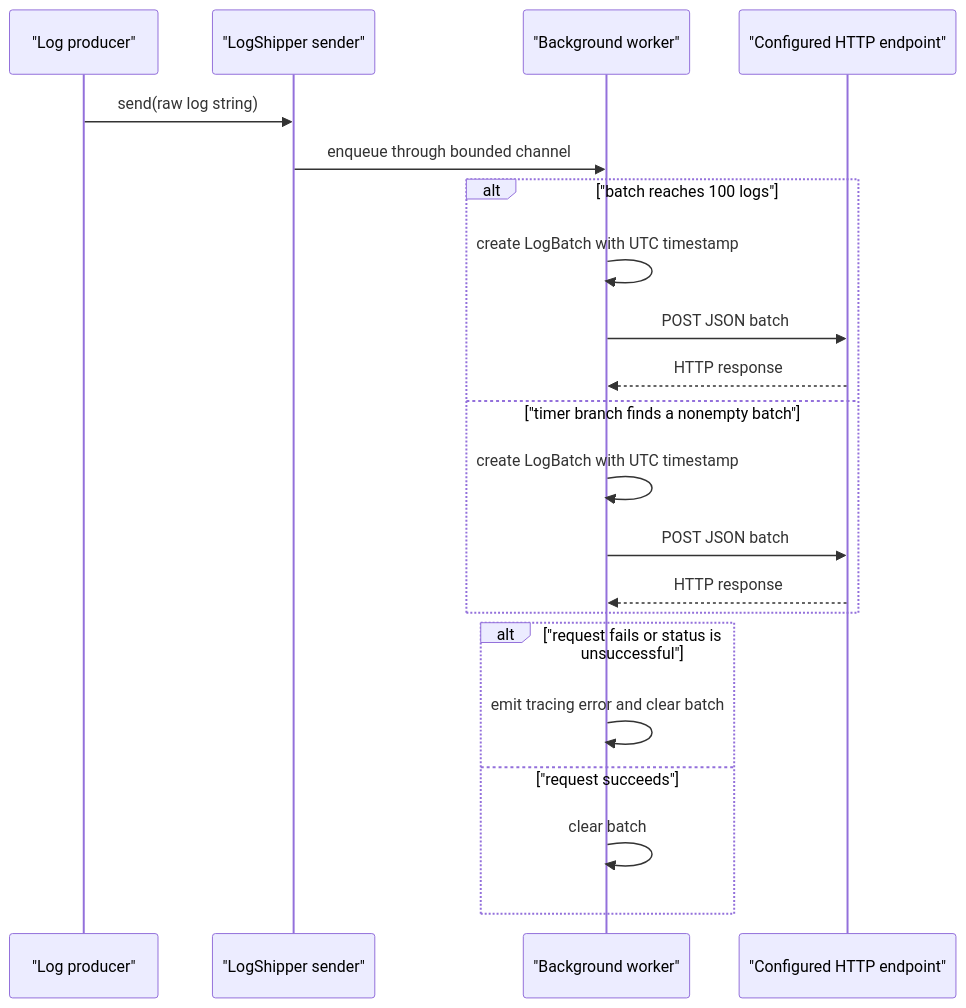
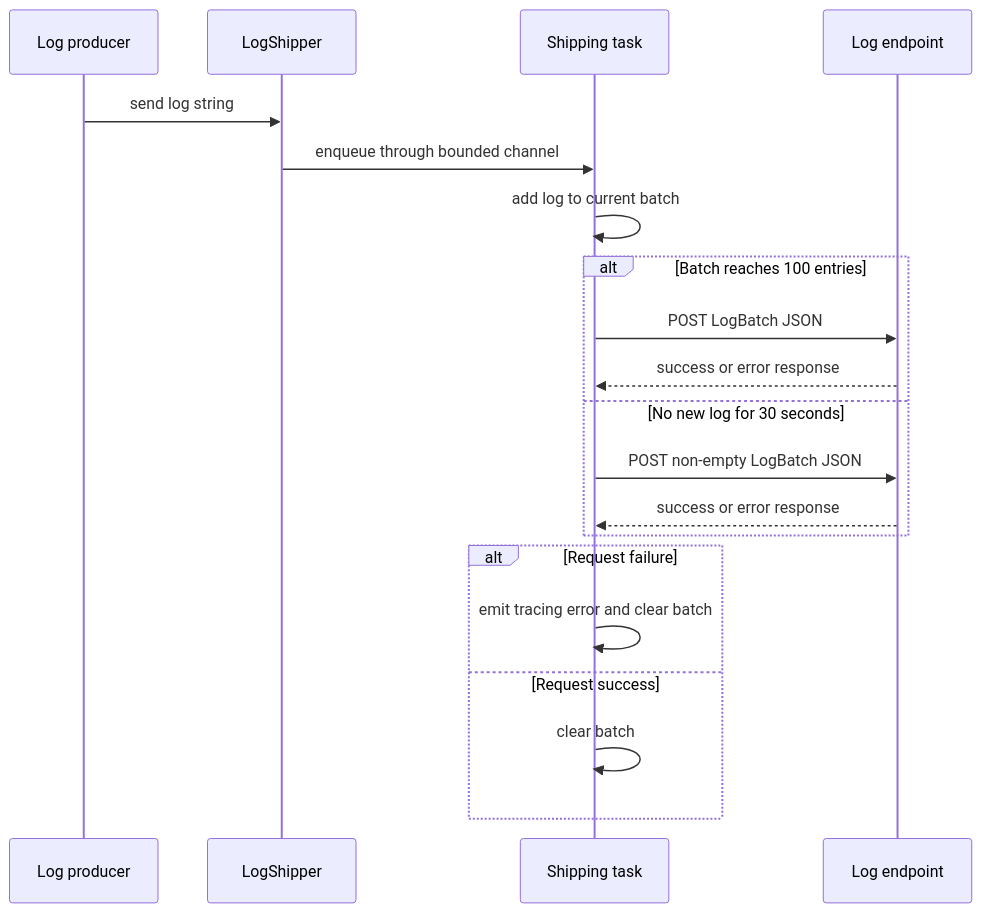
The fourth of 4 diagrams in docs/reference/architecture/openframe-client-core/logging-shipping/logging-shipping.md (flamingo-stack/openframe-oss-tenant), drawn with Mermaid before and after one commit. The commit also changed other lines of this file and 2377 other files, not shown here.

````diff
--- a/docs/reference/architecture/openframe-client-core/logging-shipping/logging-shipping.md
+++ b/docs/reference/architecture/openframe-client-core/logging-shipping/logging-shipping.md
@@ -64,23 +131,22 @@
 ```mermaid
 sequenceDiagram
-    participant Producer as "Log producer"
-    participant Shipper as "LogShipper sender"
-    participant Worker as "Background worker"
-    participant Endpoint as "Configured HTTP endpoint"
-    Producer->>Shipper: send(raw log string)
+    participant Producer as Log producer
+    participant Shipper as LogShipper
+    participant Worker as Shipping task
+    participant Http as Log endpoint
+    Producer->>Shipper: send log string
     Shipper->>Worker: enqueue through bounded channel
-    alt "batch reaches 100 logs"
-        Worker->>Worker: create LogBatch with UTC timestamp
-        Worker->>Endpoint: POST JSON batch
-        Endpoint-->>Worker: HTTP response
-    else "timer branch finds a nonempty batch"
-        Worker->>Worker: create LogBatch with UTC timestamp
-        Worker->>Endpoint: POST JSON batch
-        Endpoint-->>Worker: HTTP response
+    Worker->>Worker: add log to current batch
+    alt Batch reaches 100 entries
+        Worker->>Http: POST LogBatch JSON
+        Http-->>Worker: success or error response
+    else No new log for 30 seconds
+        Worker->>Http: POST non-empty LogBatch JSON
+        Http-->>Worker: success or error response
     end
-    alt "request fails or status is unsuccessful"
+    alt Request failure
         Worker->>Worker: emit tracing error and clear batch
-    else "request succeeds"
+    else Request success
         Worker->>Worker: clear batch
     end
 ```
````
